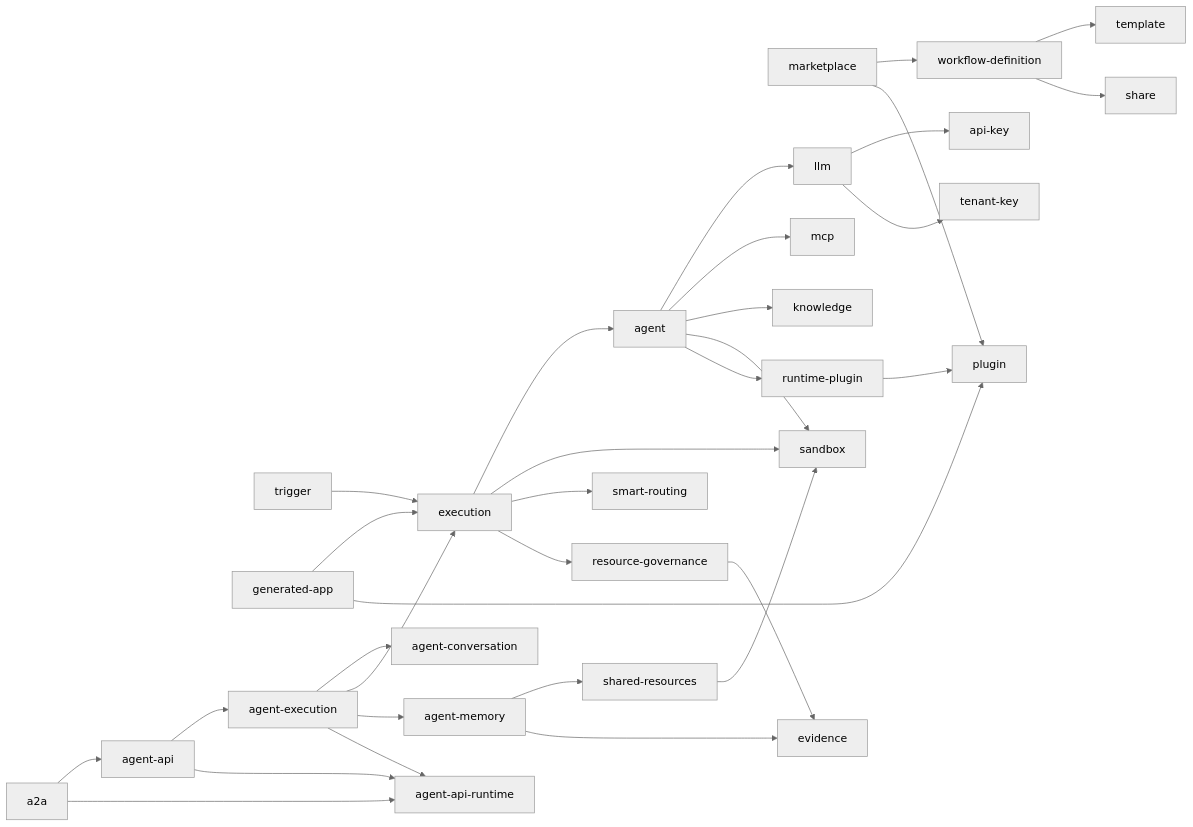
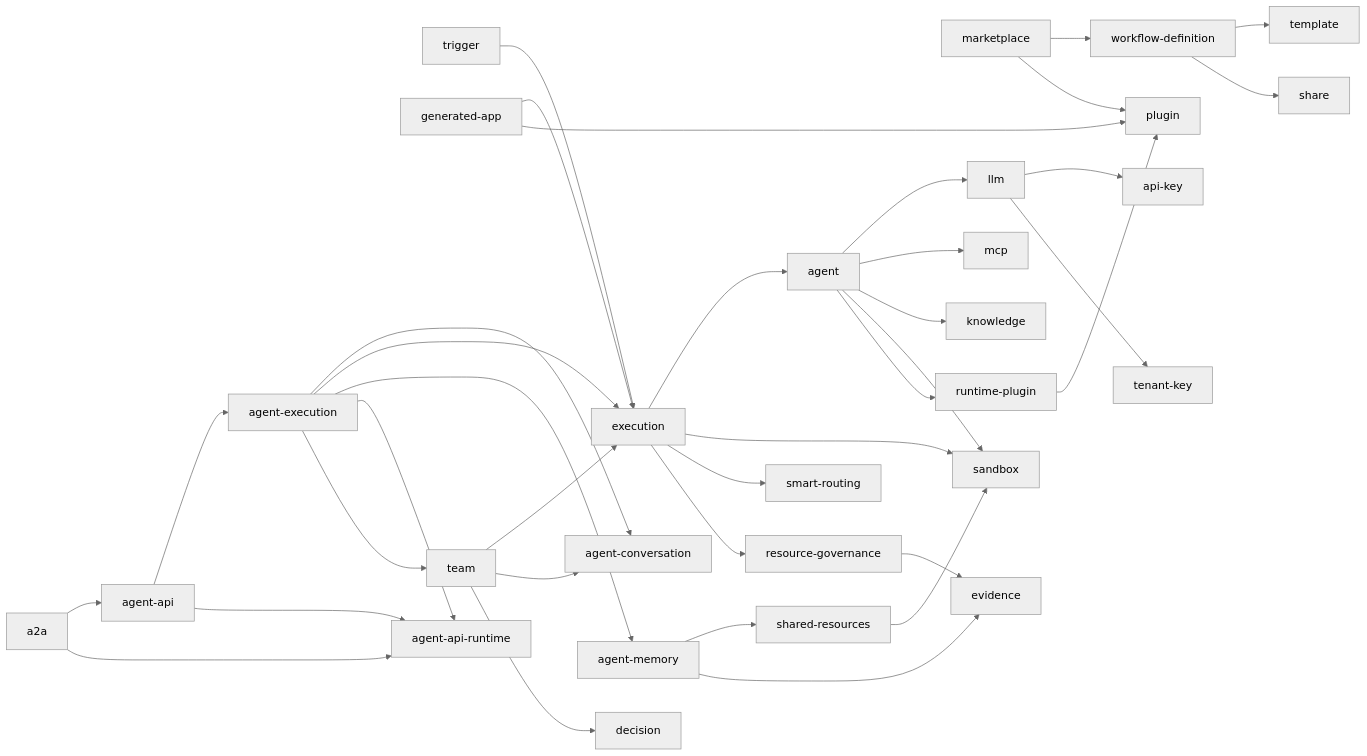
The diagram in agentloom-docs/dev/server/index.md (Lynricsy/AgentLoom), drawn with Mermaid (neutral theme) before and after one commit. The commit also changed other lines of this file and 5 other files, not shown here.

````diff
--- a/agentloom-docs/dev/server/index.md
+++ b/agentloom-docs/dev/server/index.md
@@ -219,34 +220,38 @@
 ```mermaid
 graph LR
     WD[workflow-definition] --> TPL[template]
     WD --> SH[share]
     TR[trigger] --> EX[execution]
     GA[generated-app] --> EX
     GA --> PL[plugin]
     MK[marketplace] --> WD
     MK --> PL
     EX --> AG[agent]
     EX --> SB[sandbox]
     EX --> SR[smart-routing]
     EX --> RG[resource-governance]
     AG --> LLM[llm]
     AG --> MCP[mcp]
     AG --> KN[knowledge]
     AG --> SB
     AG --> RP[runtime-plugin]
     RP --> PL
     LLM --> AK[api-key]
     LLM --> TK[tenant-key]
     AE[agent-execution] --> AC[agent-conversation]
     AE --> EX
     AE --> AM[agent-memory]
     AE --> AAR[agent-api-runtime]
+    AE --> TM[team]
+    TM --> EX
+    TM --> AC
+    TM --> DEC[decision]
     API[agent-api] --> AE
     API --> AAR
     A2A[a2a] --> API
     A2A --> AAR
     AM --> SHR[shared-resources]
     SHR --> SB
     RG --> EV[evidence]
     AM --> EV
 ```
````
